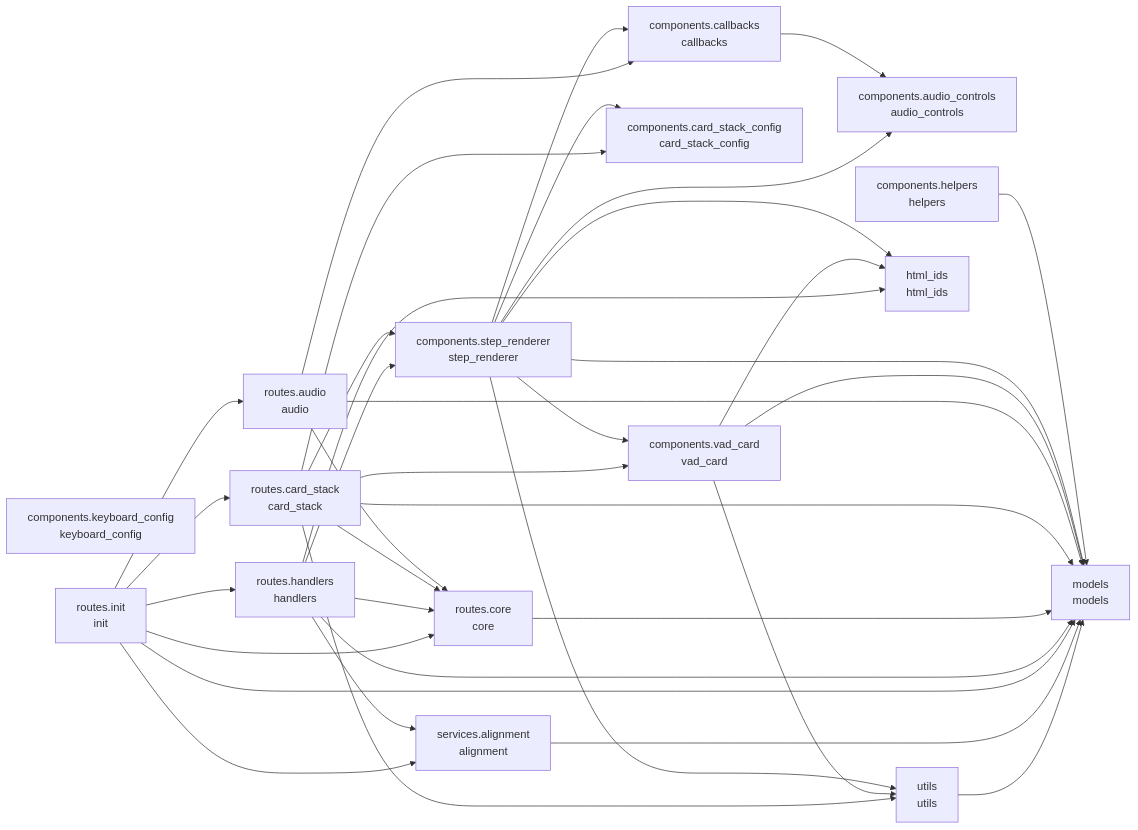
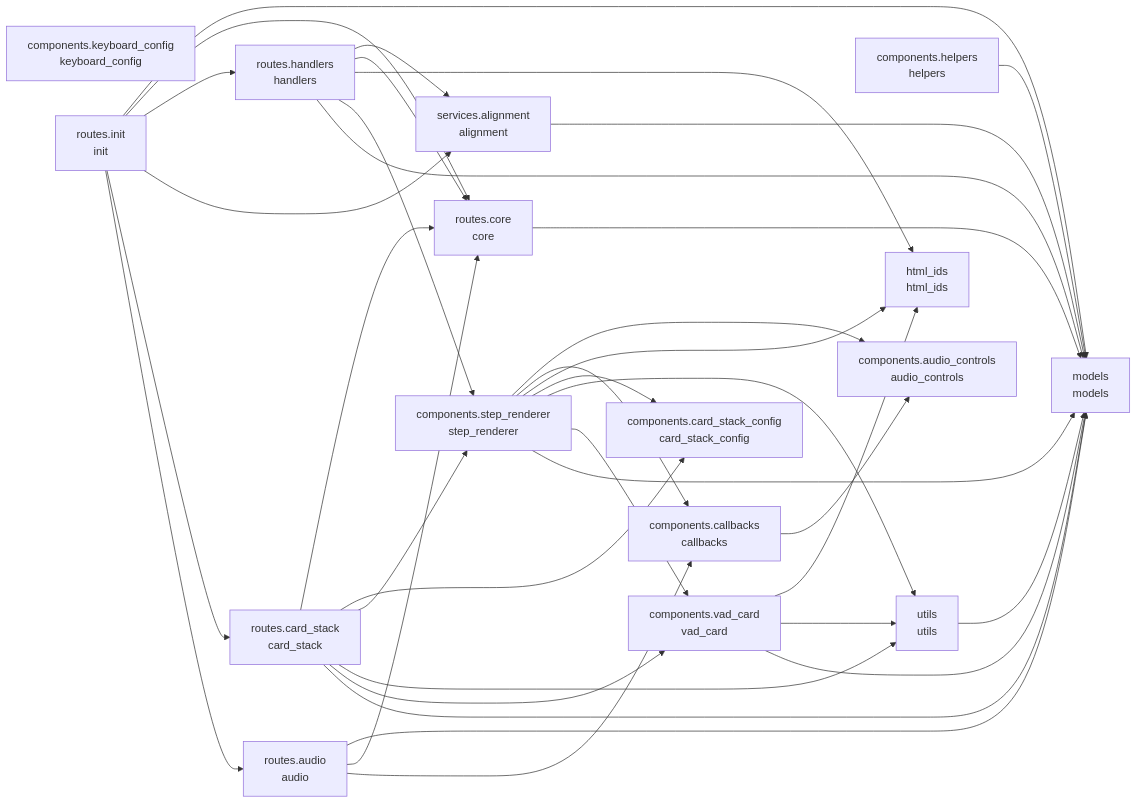
The diagram in README.md (cj-mills/cjm-transcript-vad-align), drawn with Mermaid before and after one commit. The commit also changed other lines of this file and 4 other files, not shown here.

Commit message:
Pin cjm_fasthtml_card_stack dependency version.

````diff
--- a/README.md
+++ b/README.md
@@ -39,55 +39,55 @@
 ``` mermaid
 graph LR
     components_audio_controls[components.audio_controls<br/>audio_controls]
     components_callbacks[components.callbacks<br/>callbacks]
     components_card_stack_config[components.card_stack_config<br/>card_stack_config]
     components_helpers[components.helpers<br/>helpers]
     components_keyboard_config[components.keyboard_config<br/>keyboard_config]
     components_step_renderer[components.step_renderer<br/>step_renderer]
     components_vad_card[components.vad_card<br/>vad_card]
     html_ids[html_ids<br/>html_ids]
     models[models<br/>models]
     routes_audio[routes.audio<br/>audio]
     routes_card_stack[routes.card_stack<br/>card_stack]
     routes_core[routes.core<br/>core]
     routes_handlers[routes.handlers<br/>handlers]
     routes_init[routes.init<br/>init]
     services_alignment[services.alignment<br/>alignment]
     utils[utils<br/>utils]
 
     components_callbacks --> components_audio_controls
     components_helpers --> models
+    components_step_renderer --> components_audio_controls
     components_step_renderer --> components_callbacks
+    components_step_renderer --> html_ids
+    components_step_renderer --> components_card_stack_config
+    components_step_renderer --> utils
+    components_step_renderer --> components_vad_card
     components_step_renderer --> models
-    components_step_renderer --> components_vad_card
-    components_step_renderer --> utils
-    components_step_renderer --> components_card_stack_config
-    components_step_renderer --> components_audio_controls
-    components_step_renderer --> html_ids
+    components_vad_card --> html_ids
+    components_vad_card --> utils
     components_vad_card --> models
-    components_vad_card --> utils
-    components_vad_card --> html_ids
+    routes_audio --> models
     routes_audio --> routes_core
     routes_audio --> components_callbacks
-    routes_audio --> models
     routes_card_stack --> routes_core
-    routes_card_stack --> components_vad_card
-    routes_card_stack --> utils
     routes_card_stack --> components_card_stack_config
     routes_card_stack --> components_step_renderer
+    routes_card_stack --> utils
+    routes_card_stack --> components_vad_card
     routes_card_stack --> models
     routes_core --> models
+    routes_handlers --> services_alignment
     routes_handlers --> routes_core
+    routes_handlers --> html_ids
+    routes_handlers --> components_step_renderer
     routes_handlers --> models
-    routes_handlers --> components_step_renderer
-    routes_handlers --> services_alignment
-    routes_handlers --> html_ids
+    routes_init --> models
+    routes_init --> routes_core
+    routes_init --> routes_handlers
     routes_init --> services_alignment
-    routes_init --> routes_core
-    routes_init --> models
     routes_init --> routes_card_stack
-    routes_init --> routes_handlers
     routes_init --> routes_audio
     services_alignment --> models
     utils --> models
 ```
````
